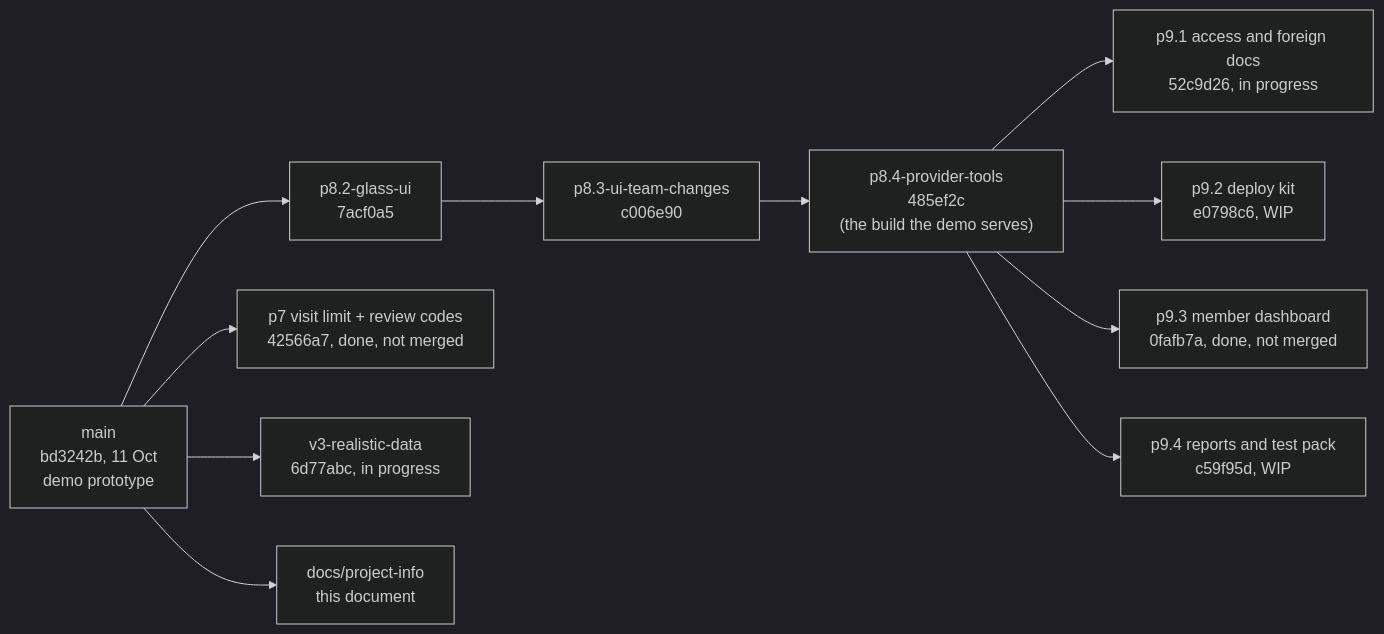
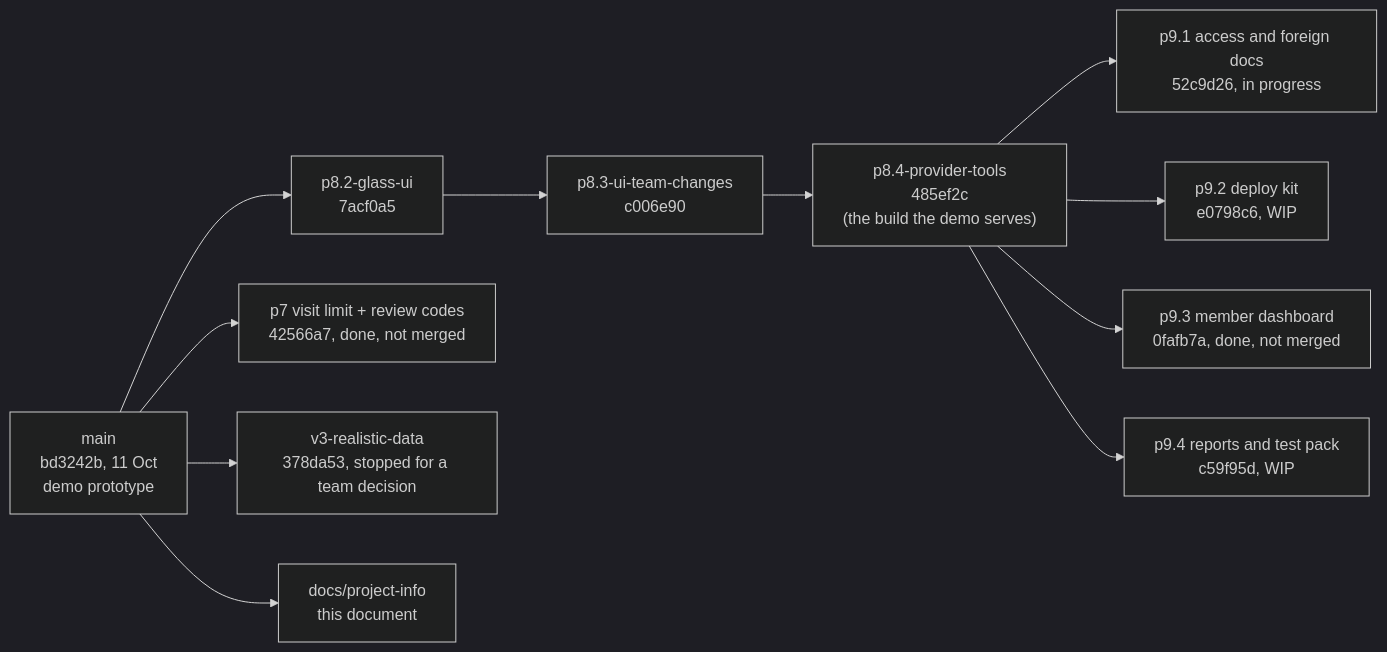
The sixth of 6 diagrams in docs/PROJECT_INFO.md (Rithwik010/ClaimSense-app), drawn with Mermaid (dark theme) before and after one commit. The commit also changed other lines of this file and 1 other file, not shown here.

Commit message:
Project info: v3 gate state as of 23 Oct 17:15 IST (fix up to 378da53, second looks and judge, hand-check bars, stopped for a team decision); counts for second looks and the hand check

````diff
--- a/docs/PROJECT_INFO.md
+++ b/docs/PROJECT_INFO.md
@@ -1169,13 +1201,13 @@
 ```mermaid
 flowchart LR
     MAIN["main<br/>bd3242b, 11 Oct<br/>demo prototype"] --> P82["p8.2-glass-ui<br/>7acf0a5"]
     P82 --> P83["p8.3-ui-team-changes<br/>c006e90"]
     P83 --> P84["p8.4-provider-tools<br/>485ef2c<br/>(the build the demo serves)"]
     P84 --> P91["p9.1 access and foreign docs<br/>52c9d26, in progress"]
     P84 --> P92["p9.2 deploy kit<br/>e0798c6, WIP"]
     P84 --> P93["p9.3 member dashboard<br/>0fafb7a, done, not merged"]
     P84 --> P94["p9.4 reports and test pack<br/>c59f95d, WIP"]
     MAIN --> P7["p7 visit limit + review codes<br/>42566a7, done, not merged"]
-    MAIN --> V3["v3-realistic-data<br/>6d77abc, in progress"]
+    MAIN --> V3["v3-realistic-data<br/>378da53, stopped for a team decision"]
     MAIN --> DOC["docs/project-info<br/>this document"]
 ```
````
